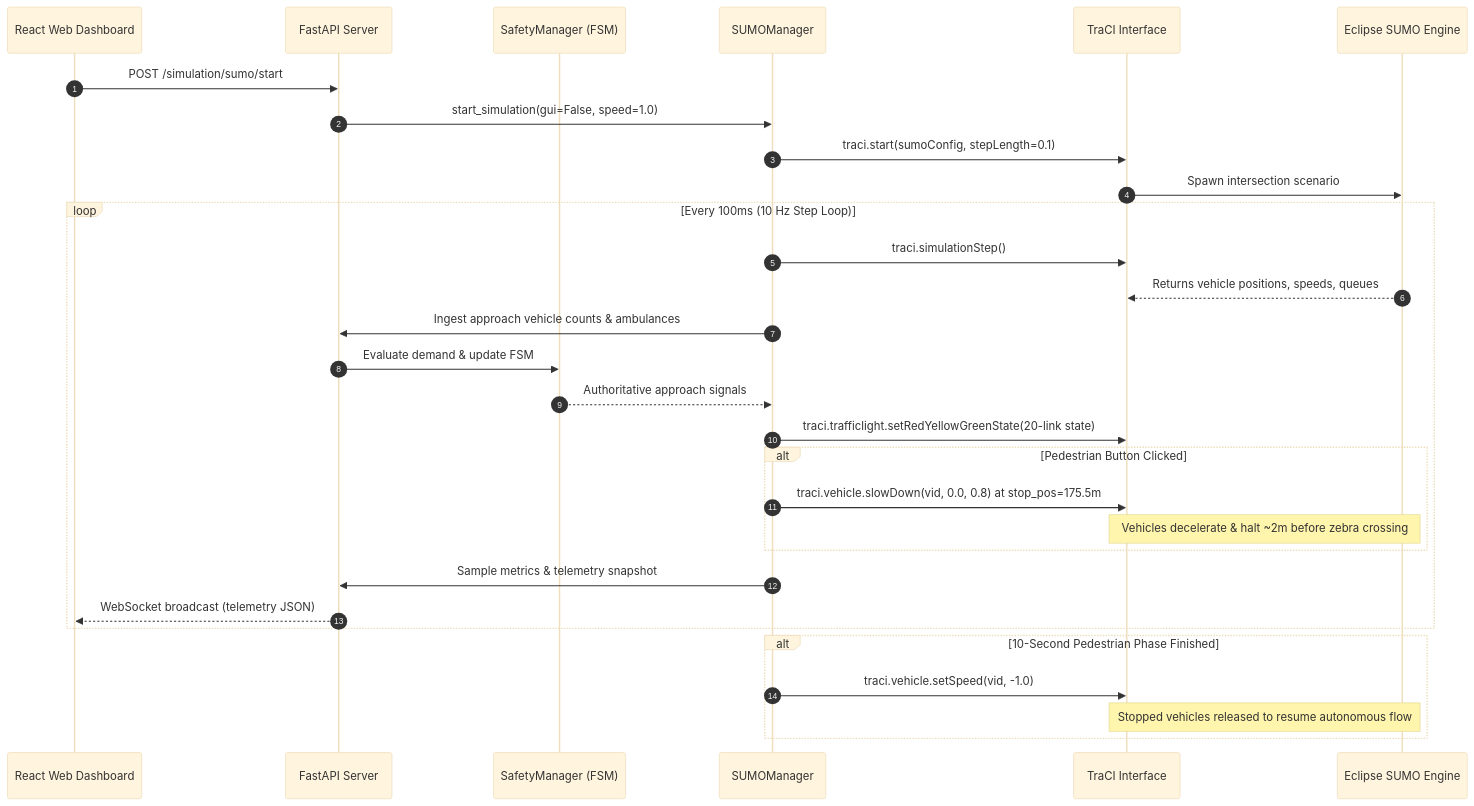
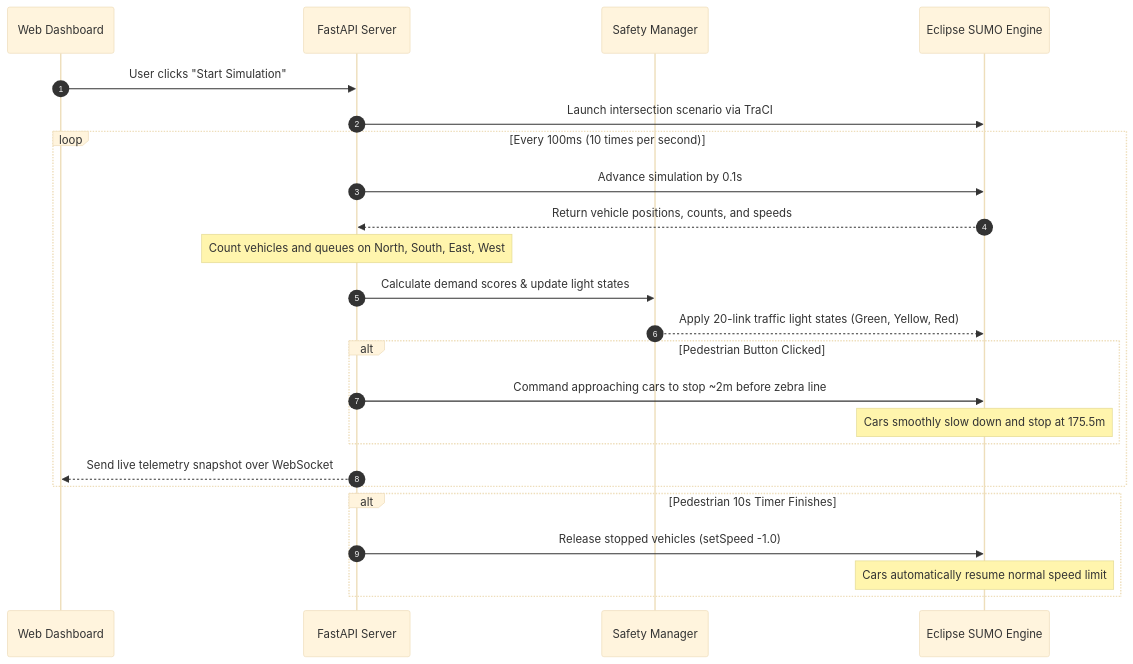
One commit to bendeze/ai-traffic-platform changed the third of 4 diagrams in docs/ARCHITECTURE.md. Above: the diagram before and after it, drawn with Mermaid (base theme). The commit also changed other lines of this file and 3 other files, not shown here.

Commit message:
fix(docs): fix broken FSM diagram, clarify simulation vehicle counting, and add 4-way traffic lights to simulation viewport

````diff
--- a/docs/ARCHITECTURE.md
+++ b/docs/ARCHITECTURE.md
@@ -119,37 +126,31 @@
 ```mermaid
 sequenceDiagram
     autonumber
-    participant UI as React Web Dashboard
+    participant UI as Web Dashboard
     participant Backend as FastAPI Server
-    participant Safety as SafetyManager (FSM)
-    participant Manager as SUMOManager
-    participant TraCI as TraCI Interface
+    participant Safety as Safety Manager
     participant SUMO as Eclipse SUMO Engine
 
-    UI->>Backend: POST /simulation/sumo/start
-    Backend->>Manager: start_simulation(gui=False, speed=1.0)
-    Manager->>TraCI: traci.start(sumoConfig, stepLength=0.1)
-    TraCI->>SUMO: Spawn intersection scenario
+    UI->>Backend: User clicks "Start Simulation"
+    Backend->>SUMO: Launch intersection scenario via TraCI
 
-    loop Every 100ms (10 Hz Step Loop)
-        Manager->>TraCI: traci.simulationStep()
-        SUMO-->>TraCI: Returns vehicle positions, speeds, queues
-        Manager->>Backend: Ingest approach vehicle counts & ambulances
-        Backend->>Safety: Evaluate demand & update FSM
-        Safety-->>Manager: Authoritative approach signals
-        Manager->>TraCI: traci.trafficlight.setRedYellowGreenState(20-link state)
+    loop Every 100ms (10 times per second)
+        Backend->>SUMO: Advance simulation by 0.1s
+        SUMO-->>Backend: Return vehicle positions, counts, and speeds
+        Note over Backend: Count vehicles and queues on North, South, East, West
+        Backend->>Safety: Calculate demand scores & update light states
+        Safety-->>SUMO: Apply 20-link traffic light states (Green, Yellow, Red)
         
         alt Pedestrian Button Clicked
-            Manager->>TraCI: traci.vehicle.slowDown(vid, 0.0, 0.8) at stop_pos=175.5m
-            Note over TraCI,SUMO: Vehicles decelerate & halt ~2m before zebra crossing
+            Backend->>SUMO: Command approaching cars to stop ~2m before zebra line
+            Note over SUMO: Cars smoothly slow down and stop at 175.5m
         end
 
-        Manager->>Backend: Sample metrics & telemetry snapshot
-        Backend-->>UI: WebSocket broadcast (telemetry JSON)
+        Backend-->>UI: Send live telemetry snapshot over WebSocket
     end
 
-    alt 10-Second Pedestrian Phase Finished
-        Manager->>TraCI: traci.vehicle.setSpeed(vid, -1.0)
-        Note over TraCI,SUMO: Stopped vehicles released to resume autonomous flow
+    alt Pedestrian 10s Timer Finishes
+        Backend->>SUMO: Release stopped vehicles (setSpeed -1.0)
+        Note over SUMO: Cars automatically resume normal speed limit
     end
 ```
````
